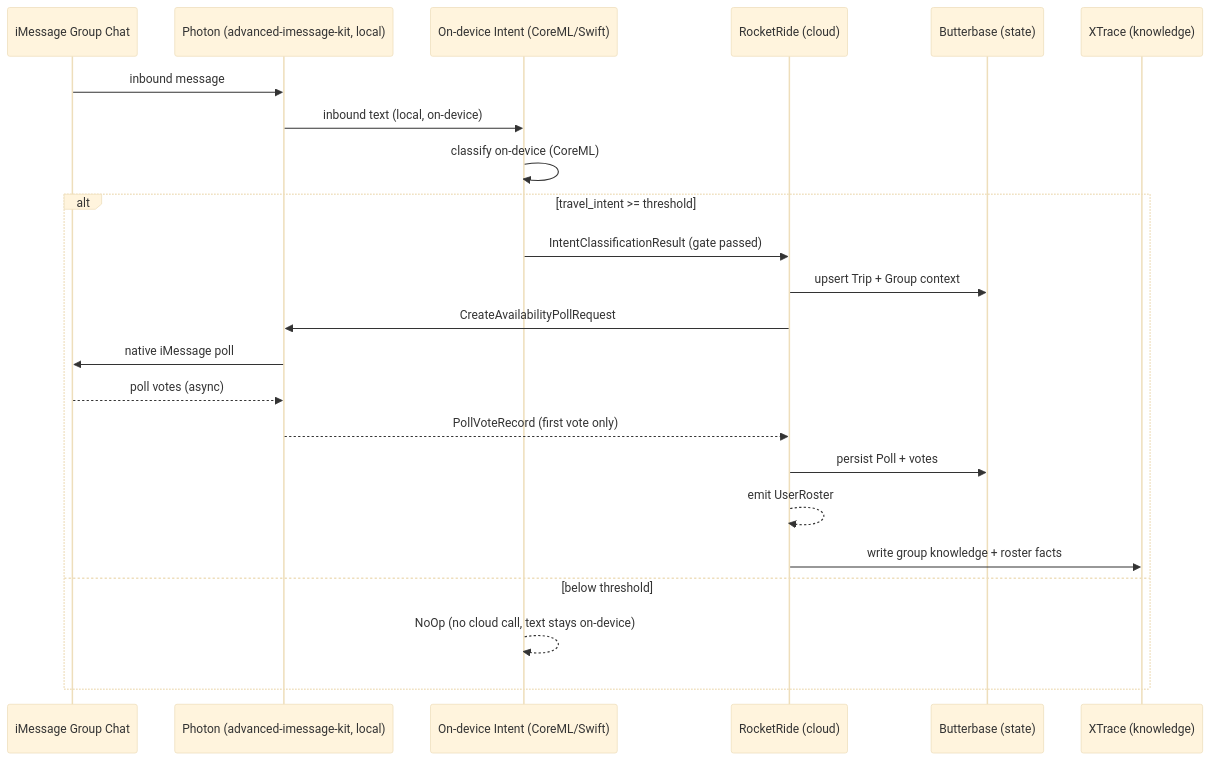
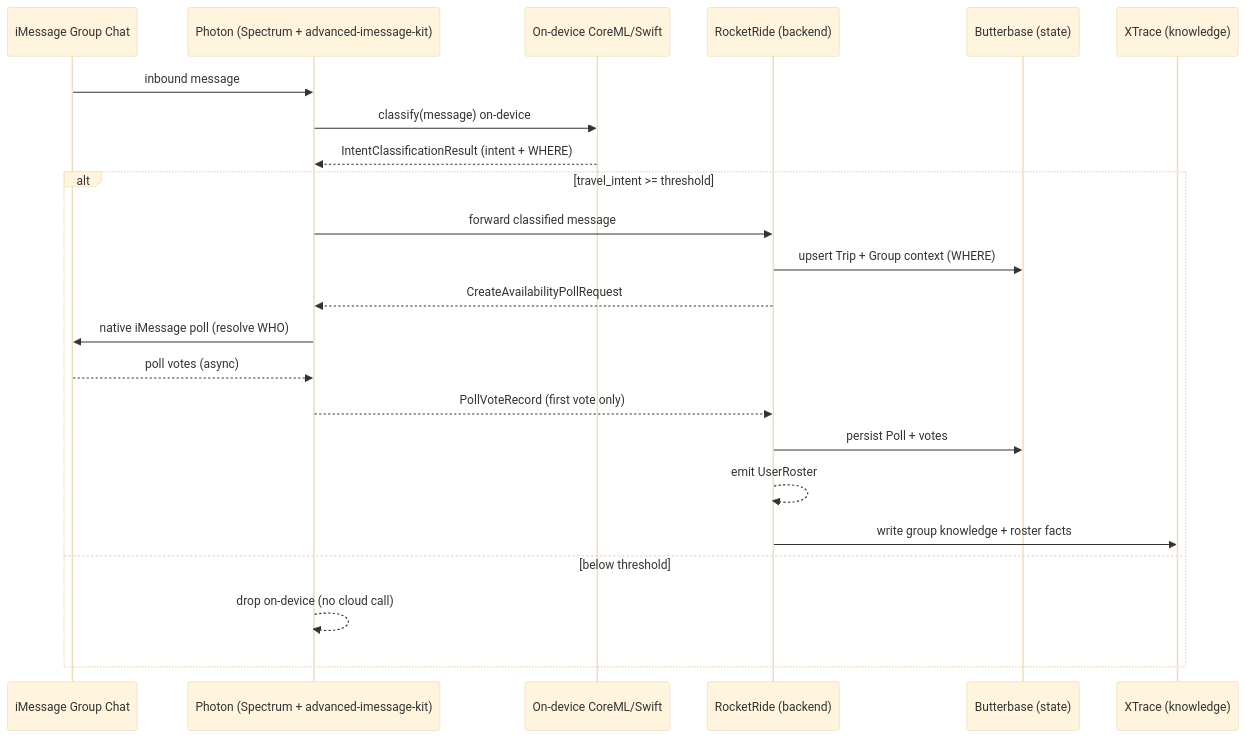
One commit to kevincui1034/reunion changed the diagram in docs/contracts/intent-to-poll-integration.md. Above: the diagram before and after it, drawn with Mermaid (base theme). The commit also changed other lines of this file and 2 other files, not shown here.

Commit message:
iMessage -> Photon -> Intent -> WHO

````diff
--- a/docs/contracts/intent-to-poll-integration.md
+++ b/docs/contracts/intent-to-poll-integration.md
@@ -30,26 +35,26 @@
 ```mermaid
 sequenceDiagram
     participant Chat as iMessage Group Chat
-    participant PH as Photon (advanced-imessage-kit, local)
-    participant ID as On-device Intent (CoreML/Swift)
-    participant RR as RocketRide (cloud)
+    participant PH as Photon (Spectrum + advanced-imessage-kit)
+    participant SW as On-device CoreML/Swift
+    participant RR as RocketRide (backend)
     participant BB as Butterbase (state)
     participant XT as XTrace (knowledge)
 
     Chat->>PH: inbound message
-    PH->>ID: inbound text (local, on-device)
-    ID->>ID: classify on-device (CoreML)
+    PH->>SW: classify(message) on-device
+    SW-->>PH: IntentClassificationResult (intent + WHERE)
     alt travel_intent >= threshold
-        ID->>RR: IntentClassificationResult (gate passed)
-        RR->>BB: upsert Trip + Group context
-        RR->>PH: CreateAvailabilityPollRequest
-        PH->>Chat: native iMessage poll
+        PH->>RR: forward classified message
+        RR->>BB: upsert Trip + Group context (WHERE)
+        RR-->>PH: CreateAvailabilityPollRequest
+        PH->>Chat: native iMessage poll (resolve WHO)
         Chat-->>PH: poll votes (async)
         PH-->>RR: PollVoteRecord (first vote only)
         RR->>BB: persist Poll + votes
         RR-->>RR: emit UserRoster
         RR->>XT: write group knowledge + roster facts
     else below threshold
-        ID-->>ID: NoOp (no cloud call, text stays on-device)
+        PH-->>PH: drop on-device (no cloud call)
     end
 ```
````
